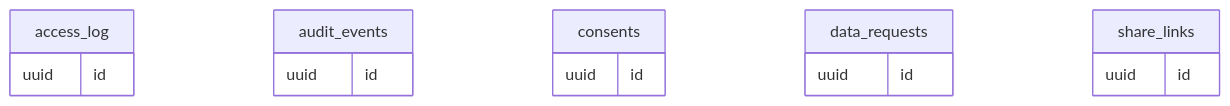
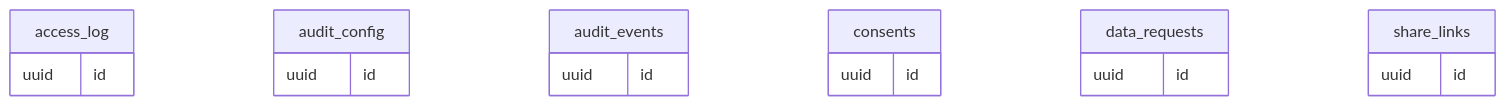
Diagram 12 of 13 in docs/database.md (sakalyatechnologies/aarogyam), drawn with Mermaid before and after one commit. The commit also changed other lines of this file and 4 other files, not shown here.

First line of the commit message:
docs(schema): apply the database review conventions

````diff
--- a/docs/database.md
+++ b/docs/database.md
@@ -2151,18 +2209,21 @@
 ```mermaid
 erDiagram
   access_log {
+    uuid id
+  }
+  audit_config {
     uuid id
   }
   audit_events {
     uuid id
   }
   consents {
     uuid id
   }
   data_requests {
     uuid id
   }
   share_links {
     uuid id
   }
 ```
````
